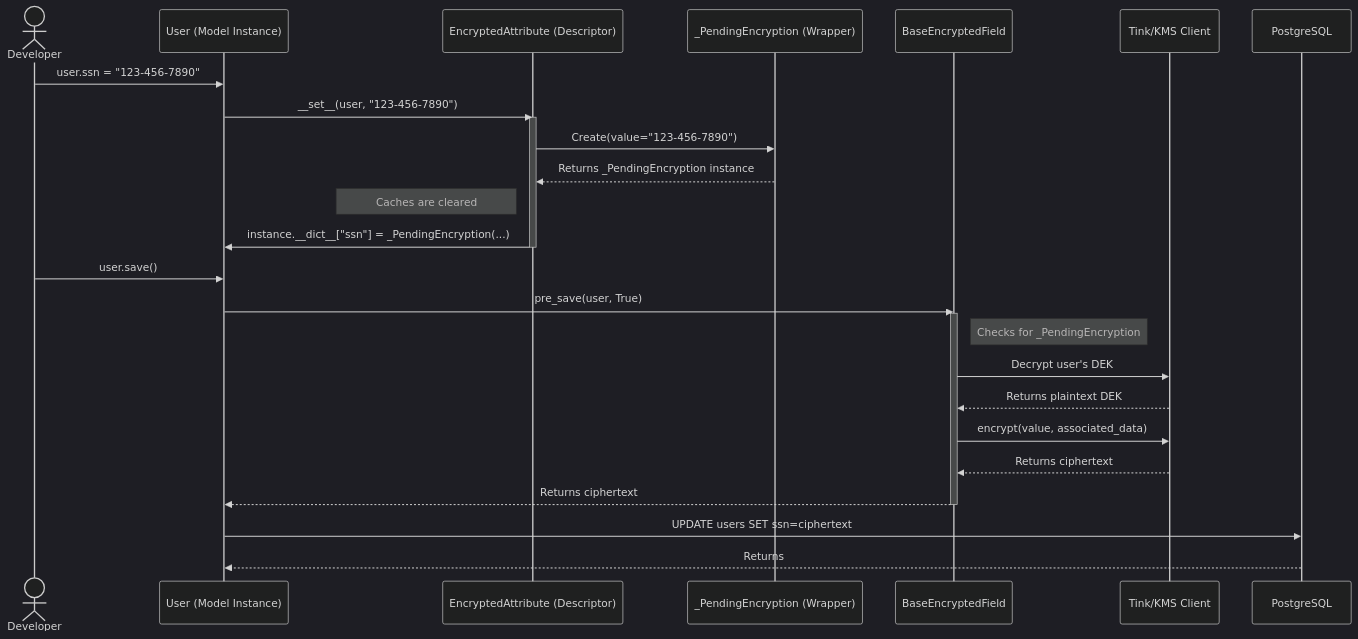
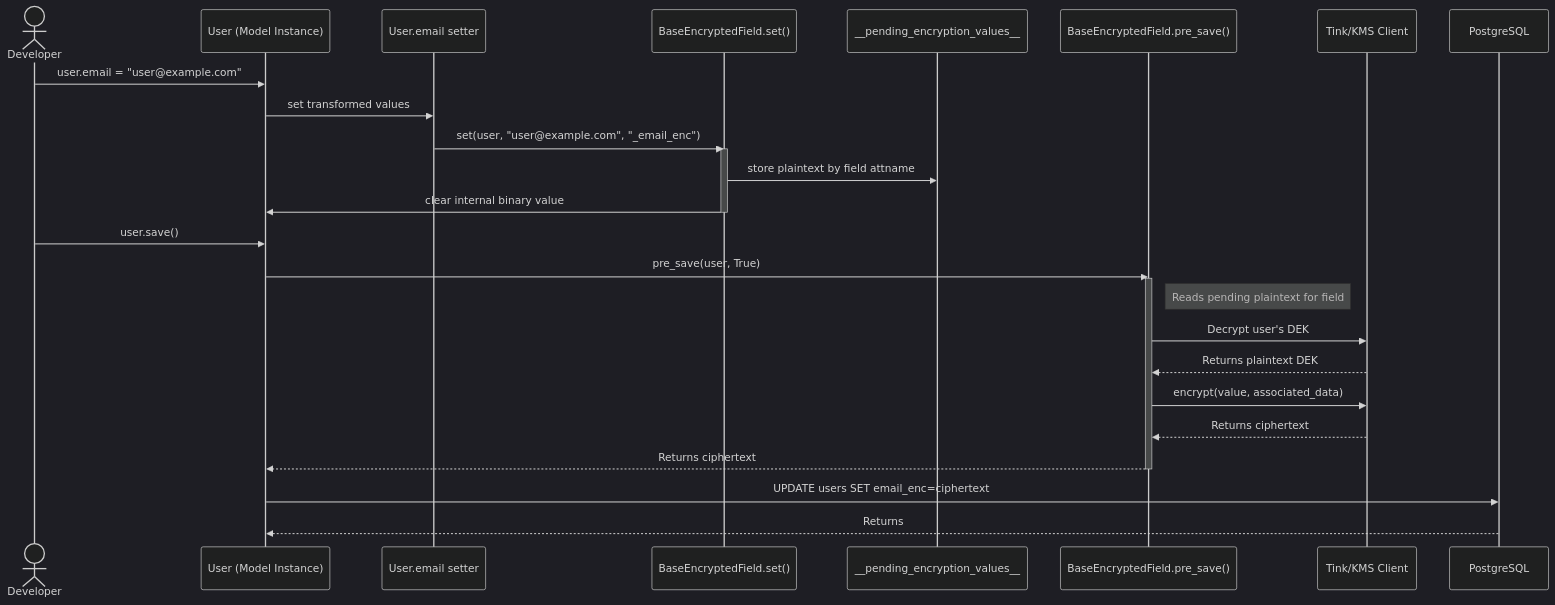
Before and after one commit to ocadotechnology/codeforlife-package-python: the second of 8 diagrams in docs/client-side-encryption.md, drawn with Mermaid (dark theme). The commit also changed other lines of this file and 3 other files, not shown here.

````diff
--- a/docs/client-side-encryption.md
+++ b/docs/client-side-encryption.md
@@ -198,32 +252,32 @@
 ```mermaid
 sequenceDiagram
     actor Developer
     participant User as User (Model Instance)
-    participant EncryptedAttribute as EncryptedAttribute (Descriptor)
-    participant _PendingEncryption as _PendingEncryption (Wrapper)
-    participant BaseEncryptedField as BaseEncryptedField
+    participant Property as User.email setter
+    participant SetHelper as BaseEncryptedField.set()
+    participant Pending as __pending_encryption_values__
+    participant SaveField as BaseEncryptedField.pre_save()
     participant GcpKmsClient as Tink/KMS Client
     participant PostgreSQL
 
-    Developer->>User: user.ssn = "123-456-7890"
-    User->>EncryptedAttribute: __set__(user, "123-456-7890")
-    activate EncryptedAttribute
-    EncryptedAttribute->>_PendingEncryption: Create(value="123-456-7890")
-    _PendingEncryption-->>EncryptedAttribute: Returns _PendingEncryption instance
-    Note left of EncryptedAttribute: Caches are cleared
-    EncryptedAttribute->>User: instance.__dict__["ssn"] = _PendingEncryption(...)
-    deactivate EncryptedAttribute
+    Developer->>User: user.email = "user@example.com"
+    User->>Property: set transformed values
+    Property->>SetHelper: set(user, "user@example.com", "_email_enc")
+    activate SetHelper
+    SetHelper->>Pending: store plaintext by field attname
+    SetHelper->>User: clear internal binary value
+    deactivate SetHelper
 
     Developer->>User: user.save()
-    User->>BaseEncryptedField: pre_save(user, True)
-    activate BaseEncryptedField
-    Note right of BaseEncryptedField: Checks for _PendingEncryption
-    BaseEncryptedField->>GcpKmsClient: Decrypt user's DEK
-    GcpKmsClient-->>BaseEncryptedField: Returns plaintext DEK
-    BaseEncryptedField->>GcpKmsClient: encrypt(value, associated_data)
-    GcpKmsClient-->>BaseEncryptedField: Returns ciphertext
-    BaseEncryptedField-->>User: Returns ciphertext
-    deactivate BaseEncryptedField
-    User->>PostgreSQL: UPDATE users SET ssn=ciphertext
+    User->>SaveField: pre_save(user, True)
+    activate SaveField
+    Note right of SaveField: Reads pending plaintext for field
+    SaveField->>GcpKmsClient: Decrypt user's DEK
+    GcpKmsClient-->>SaveField: Returns plaintext DEK
+    SaveField->>GcpKmsClient: encrypt(value, associated_data)
+    GcpKmsClient-->>SaveField: Returns ciphertext
+    SaveField-->>User: Returns ciphertext
+    deactivate SaveField
+    User->>PostgreSQL: UPDATE users SET email_enc=ciphertext
     PostgreSQL-->>User: Returns
 ```
````
